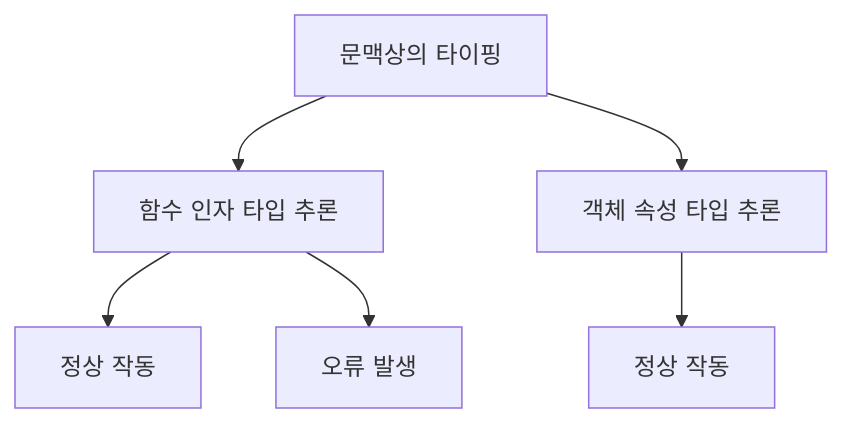
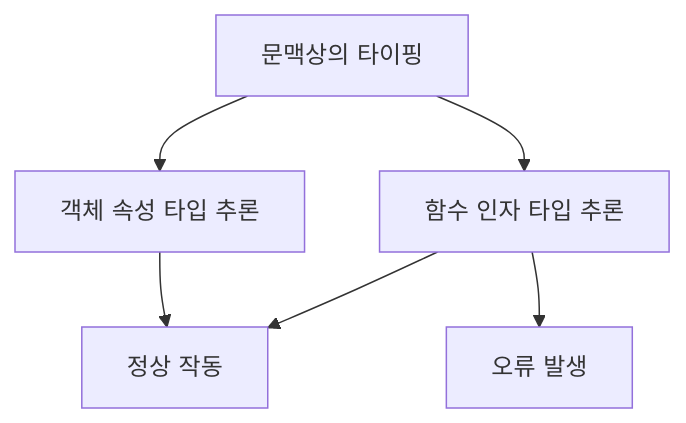
One commit to 42jerrykim/42jerrykim.github.io changed the ninth of 11 diagrams in content/post/2024/2024-08-26-typescript-inference/index.md. Above: the diagram before and after it, drawn with Mermaid. The commit also changed other lines of this file and 239 other files, not shown here.

````diff
--- a/content/post/2024/2024-08-26-typescript-inference/index.md
+++ b/content/post/2024/2024-08-26-typescript-inference/index.md
@@ -643,8 +553,8 @@
 ```mermaid
-graph TD;
-    A[문맥상의 타이핑] --> B[함수 인자 타입 추론]
-    A --> C[객체 속성 타입 추론]
-    B --> D[정상 작동]
-    B --> E[오류 발생]
-    C --> F[정상 작동]
+graph TD
+    ContextTyping["문맥상의 타이핑"] --> ArgInference["함수 인자 타입 추론"]
+    ContextTyping --> PropInference["객체 속성 타입 추론"]
+    ArgInference --> OkResult["정상 작동"]
+    ArgInference --> ErrResult["오류 발생"]
+    PropInference --> OkResult
 ```
````
